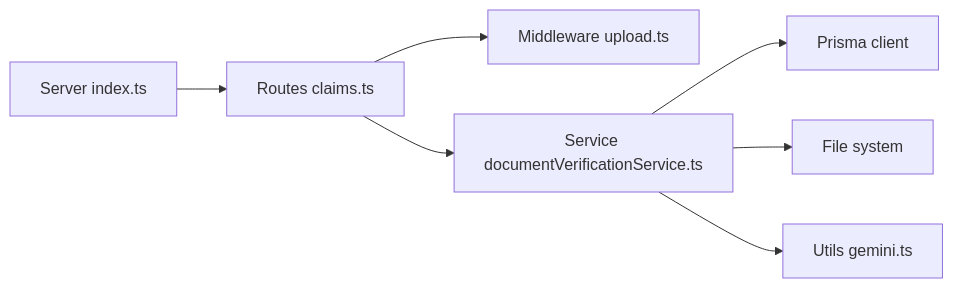
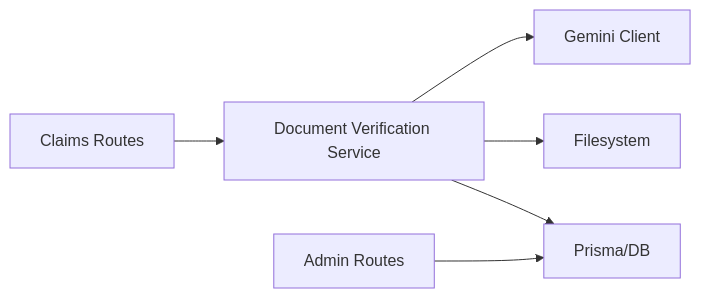
The fifth of 5 diagrams in .qoder/repowiki/en/content/AI Services Integration/Document Verification Service.md (NaveenHiranya/Smart-Vehicle-Insurance-Claim-System), drawn with Mermaid before and after one commit. The commit also changed other lines of this file and 183 other files, not shown here.

````diff
--- a/.qoder/repowiki/en/content/AI Services Integration/Document Verification Service.md
+++ b/.qoder/repowiki/en/content/AI Services Integration/Document Verification Service.md
@@ -234,9 +317,8 @@
 ```mermaid
 graph LR
-Index["Server index.ts"] --> Claims["Routes claims.ts"]
-Claims --> UploadMW["Middleware upload.ts"]
-Claims --> DVS["Service documentVerificationService.ts"]
-DVS --> Prisma["Prisma client"]
-DVS --> FS["File system"]
-DVS --> Gemini["Utils gemini.ts"]
+Claims["Claims Routes"] --> DocSvc["Document Verification Service"]
+Admin["Admin Routes"] --> DB["Prisma/DB"]
+DocSvc --> Gemini["Gemini Client"]
+DocSvc --> FS["Filesystem"]
+DocSvc --> DB
 ```
````
